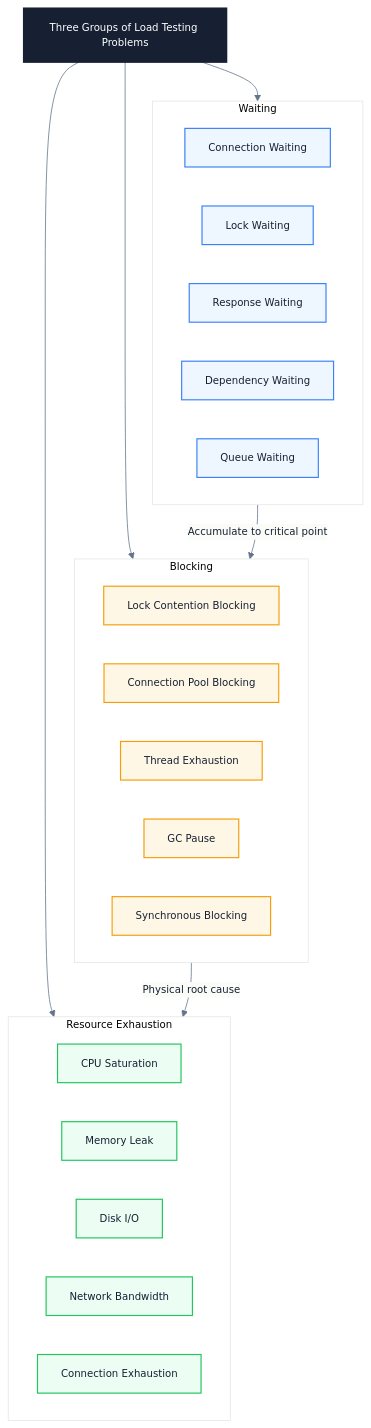
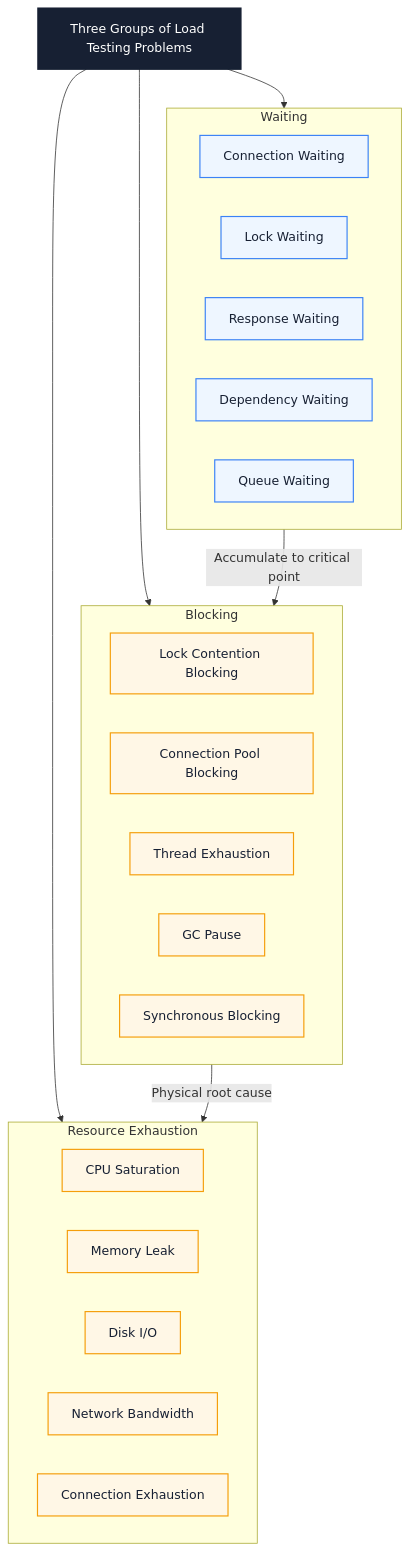
The second of 4 diagrams in docs/en/testing/load-testing-practice.md (Fatejian/frontier-vault), drawn with Mermaid before and after one commit. The commit also changed other lines of this file and 41 other files, not shown here.

````diff
--- a/docs/en/testing/load-testing-practice.md
+++ b/docs/en/testing/load-testing-practice.md
@@ -174,46 +152,43 @@
 ```mermaid
-%%{init: {'theme': 'base', 'themeVariables': { 'fontFamily': 'Inter, PingFang SC, Microsoft YaHei, sans-serif', 'primaryColor': '#F8FAFC', 'primaryTextColor': '#172033', 'primaryBorderColor': '#CBD5E1', 'lineColor': '#64748B', 'fontSize': '13px'}}}%%
 flowchart TB
     Core["Three Groups of Load Testing Problems"]
 
     subgraph Wait["Waiting"]
         W1["Connection Waiting"]
         W2["Lock Waiting"]
         W3["Response Waiting"]
         W4["Dependency Waiting"]
         W5["Queue Waiting"]
     end
 
     subgraph Block["Blocking"]
         B1["Lock Contention Blocking"]
         B2["Connection Pool Blocking"]
         B3["Thread Exhaustion"]
         B4["GC Pause"]
         B5["Synchronous Blocking"]
     end
 
     subgraph Exhaust["Resource Exhaustion"]
         E1["CPU Saturation"]
         E2["Memory Leak"]
         E3["Disk I/O"]
         E4["Network Bandwidth"]
         E5["Connection Exhaustion"]
     end
 
     Core --> Wait
     Core --> Block
     Core --> Exhaust
 
     Wait -->|"Accumulate to critical point"| Block
     Block -->|"Physical root cause"| Exhaust
 
     classDef core fill:#172033,color:#fff,stroke:#172033,stroke-width:2px;
     classDef wait fill:#EEF6FF,stroke:#3B82F6,color:#172033,stroke-width:1.5px;
     classDef block fill:#FFF7E6,stroke:#F59E0B,color:#172033,stroke-width:1.5px;
-    classDef exhaust fill:#ECFDF3,stroke:#22C55E,color:#172033,stroke-width:1.5px;
 
     class Core core;
     class W1,W2,W3,W4,W5 wait;
-    class B1,B2,B3,B4,B5 block;
-    class E1,E2,E3,E4,E5 exhaust;
+    class B1,B2,B3,B4,B5,E1,E2,E3,E4,E5 block;
 ```
````
